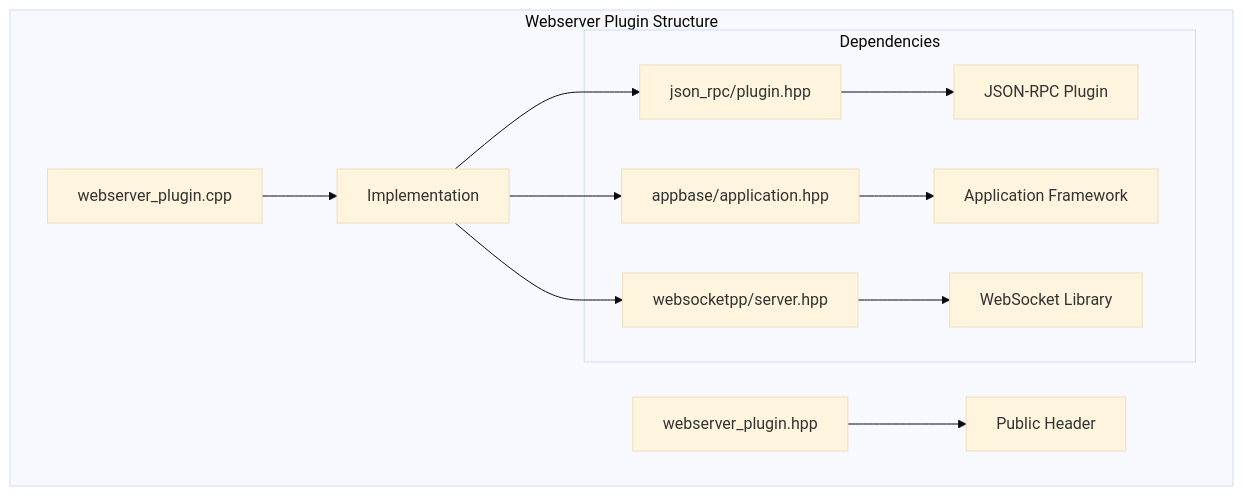
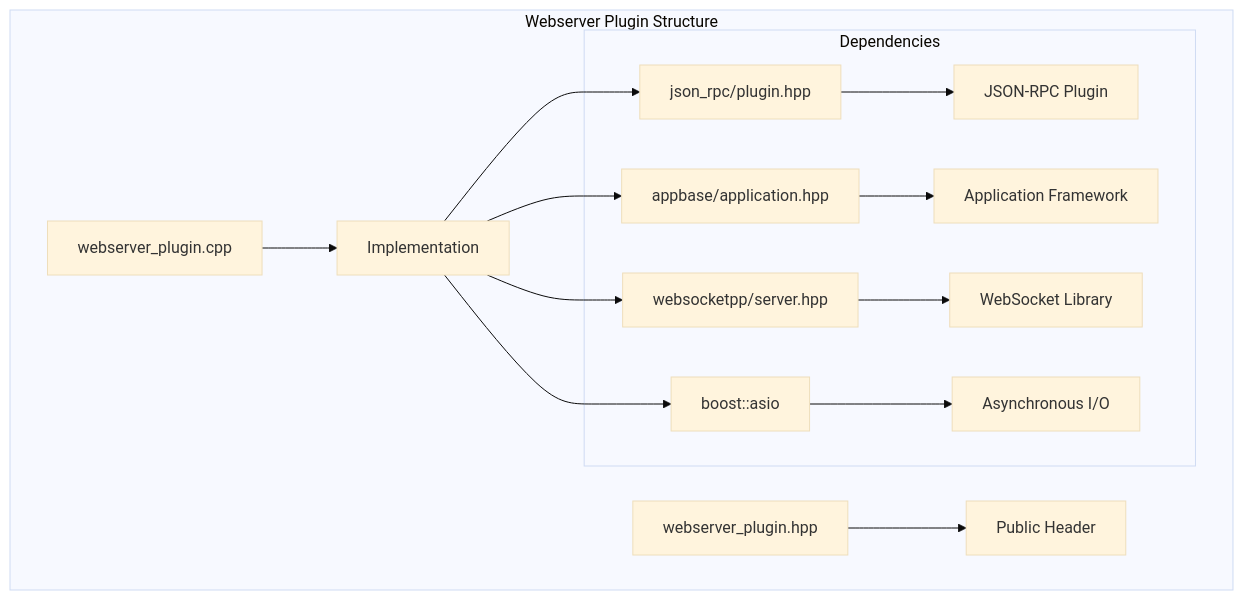
The first of 8 diagrams in .qoder/repowiki/en/content/Webserver Plugin.md (VIZ-Blockchain/viz-cpp-node), drawn with Mermaid (base theme) before and after one commit. The commit also changed other lines of this file and 3 other files, not shown here.

````diff
--- a/.qoder/repowiki/en/content/Webserver Plugin.md
+++ b/.qoder/repowiki/en/content/Webserver Plugin.md
@@ -31,15 +42,17 @@
 ```mermaid
 graph TB
 subgraph "Webserver Plugin Structure"
 A[webserver_plugin.hpp] --> B[Public Header]
 C[webserver_plugin.cpp] --> D[Implementation]
 subgraph "Dependencies"
 E[json_rpc/plugin.hpp] --> F[JSON-RPC Plugin]
 G[appbase/application.hpp] --> H[Application Framework]
 I[websocketpp/server.hpp] --> J[WebSocket Library]
+K[boost::asio] --> L[Asynchronous I/O]
 end
 D --> E
 D --> G
 D --> I
+D --> K
 end
 ```
````
